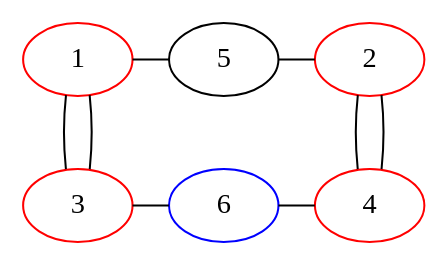
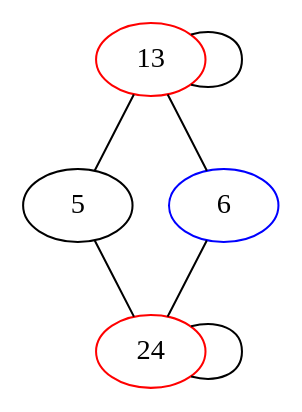
Before and after one commit to bilboquet/gamelib: the diagram in sprouts/start_2_nodes_reduced/12212.dot, drawn with Graphviz. The commit also changed 10 other files, not shown here.

```diff
--- a/sprouts/start_2_nodes_reduced/12212.dot
+++ b/sprouts/start_2_nodes_reduced/12212.dot
@@ -1,30 +1,9 @@
 graph {
-  1 -- 3 -- 1;
-  2 -- 4 -- 2;
-  1 -- 5 -- 2;
-  3 -- 6 -- 4;
-
-  {
-    rank="same";
-    1;
-    5;
-    2;
-
-  }
-
-
-  {
-    rank="same";
-    3;
-    6;
-    4;
-
-  }
-
-  1 [color="red"];
-  2 [color="red"];
-  3 [color="red"];
-  4 [color="red"];
+  13 -- 13;
+  24 -- 24;
+  13 -- 5 -- 24;
+  13 -- 6 -- 24;
+  13 [color="red"];
+  24 [color="red"];
   6 [color="blue"];
-
 }
```
